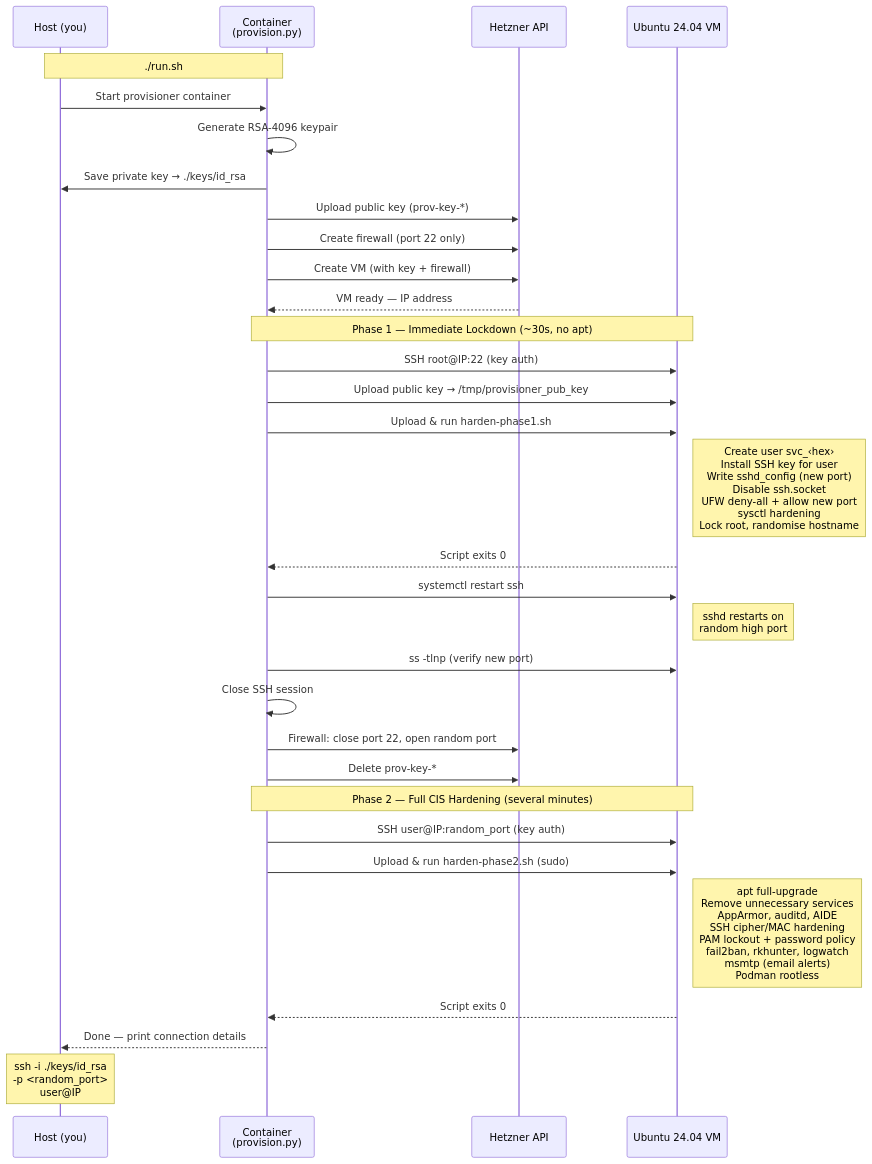
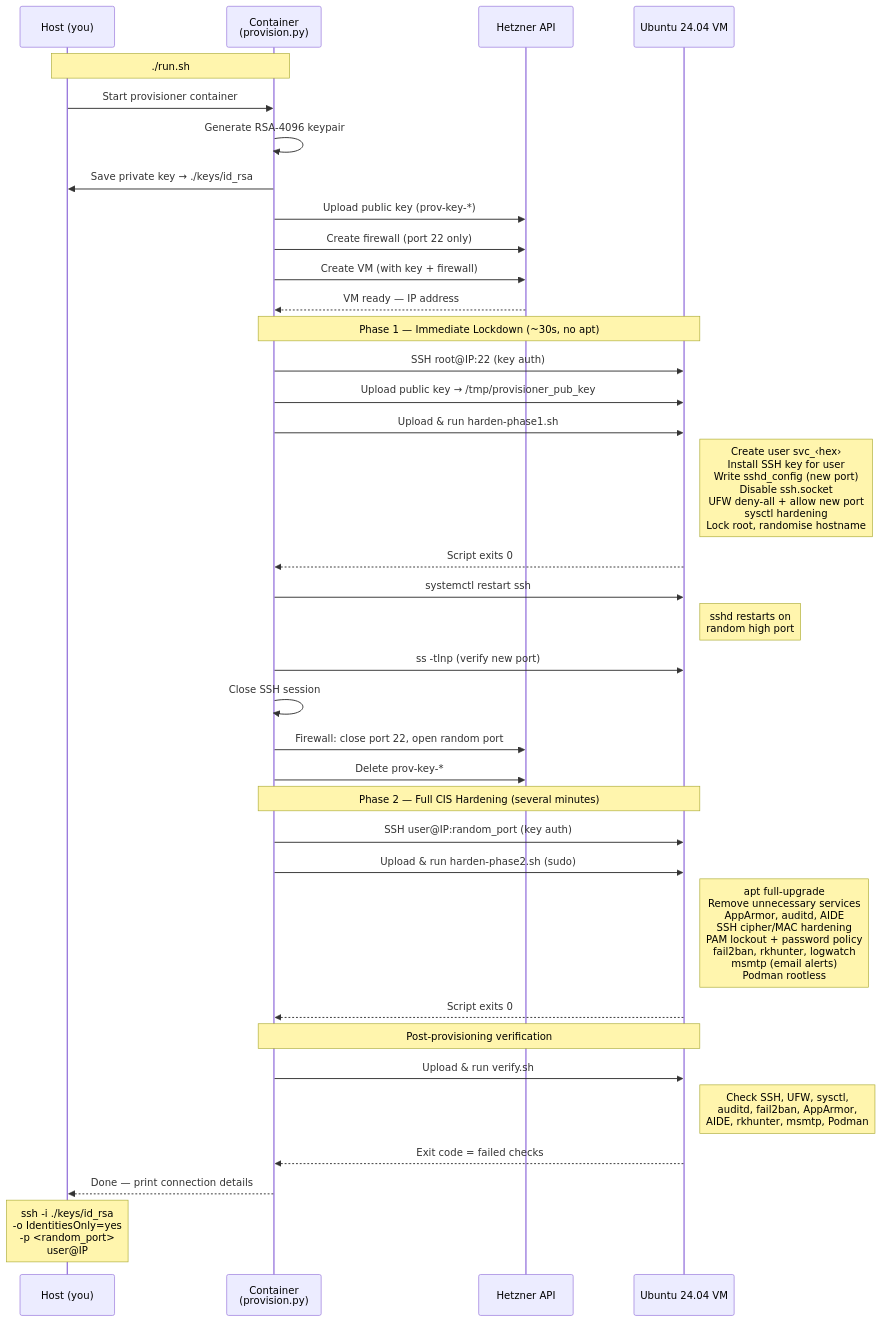
One commit to carlok/Ubuntu-Hardening changed the first of 2 diagrams in README.md. Above: the diagram before and after it, drawn with Mermaid. The commit also changed other lines of this file, not shown here.

Commit message:
Update README: add verify step to diagram, document logging
- Add post-provisioning verify.sh step to the Mermaid sequence diagram
- Add -o IdentitiesOnly=yes to diagram's connect note
- Mention log file path in the "Build and provision" section
- Add logs/ to the files table

````diff
--- a/README.md
+++ b/README.md
@@ -46,40 +46,45 @@
 ```mermaid
 sequenceDiagram
     participant H as Host (you)
     participant C as Container<br/>(provision.py)
     participant API as Hetzner API
     participant VM as Ubuntu 24.04 VM
 
     Note over H,C: ./run.sh
 
     H->>C: Start provisioner container
     C->>C: Generate RSA-4096 keypair
     C->>H: Save private key → ./keys/id_rsa
     C->>API: Upload public key (prov-key-*)
     C->>API: Create firewall (port 22 only)
     C->>API: Create VM (with key + firewall)
     API-->>C: VM ready — IP address
 
     Note over C,VM: Phase 1 — Immediate Lockdown (~30s, no apt)
     C->>VM: SSH root@IP:22 (key auth)
     C->>VM: Upload public key → /tmp/provisioner_pub_key
     C->>VM: Upload & run harden-phase1.sh
     Note right of VM: Create user svc_‹hex›<br/>Install SSH key for user<br/>Write sshd_config (new port)<br/>Disable ssh.socket<br/>UFW deny-all + allow new port<br/>sysctl hardening<br/>Lock root, randomise hostname
     VM-->>C: Script exits 0
     C->>VM: systemctl restart ssh
     Note right of VM: sshd restarts on<br/>random high port
     C->>VM: ss -tlnp (verify new port)
     C->>C: Close SSH session
 
     C->>API: Firewall: close port 22, open random port
     C->>API: Delete prov-key-*
 
     Note over C,VM: Phase 2 — Full CIS Hardening (several minutes)
     C->>VM: SSH user@IP:random_port (key auth)
     C->>VM: Upload & run harden-phase2.sh (sudo)
     Note right of VM: apt full-upgrade<br/>Remove unnecessary services<br/>AppArmor, auditd, AIDE<br/>SSH cipher/MAC hardening<br/>PAM lockout + password policy<br/>fail2ban, rkhunter, logwatch<br/>msmtp (email alerts)<br/>Podman rootless
     VM-->>C: Script exits 0
 
+    Note over C,VM: Post-provisioning verification
+    C->>VM: Upload & run verify.sh
+    Note right of VM: Check SSH, UFW, sysctl,<br/>auditd, fail2ban, AppArmor,<br/>AIDE, rkhunter, msmtp, Podman
+    VM-->>C: Exit code = failed checks
+
     C-->>H: Done — print connection details
-    Note over H: ssh -i ./keys/id_rsa<br/>-p <random_port><br/>user@IP
+    Note over H: ssh -i ./keys/id_rsa<br/>-o IdentitiesOnly=yes<br/>-p <random_port><br/>user@IP
 ```
````
